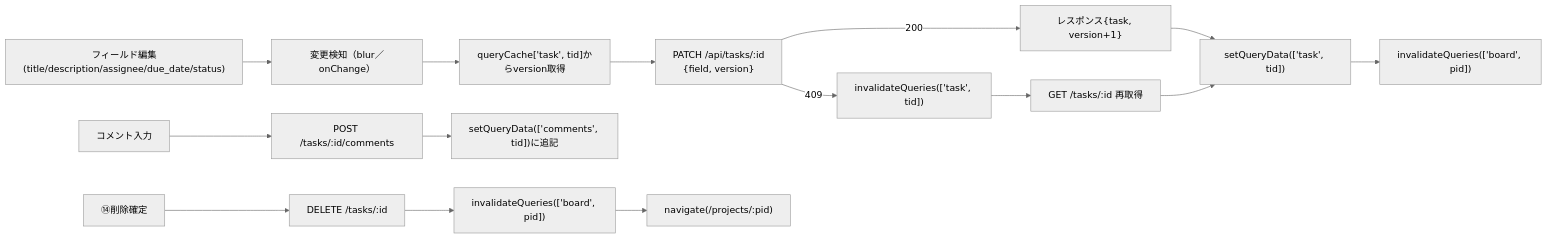
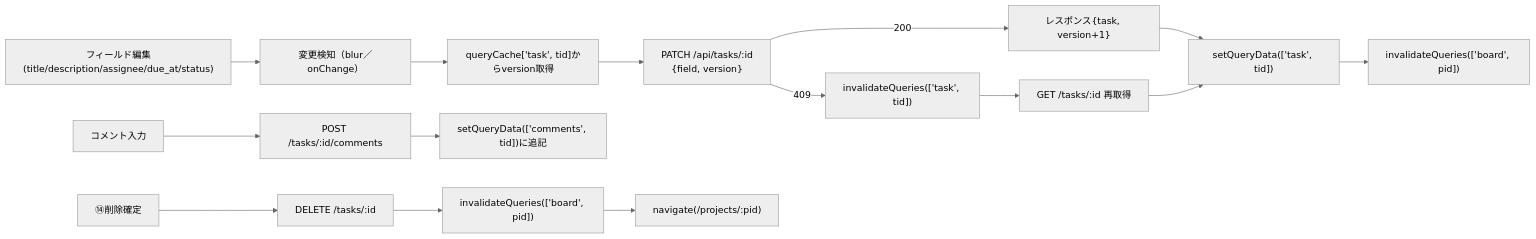
The sixth of 6 diagrams in detailed_design/screen/08_task_detail_modal.md (oikawa-d/task_management), drawn with Mermaid (neutral theme) before and after one commit. The commit also changed other lines of this file and 31 other files, not shown here.

````diff
--- a/detailed_design/screen/08_task_detail_modal.md
+++ b/detailed_design/screen/08_task_detail_modal.md
@@ -341,19 +341,19 @@
 ```mermaid
 flowchart LR
-    A["フィールド編集<br/>(title/description/assignee/due_date/status)"] --> B["変更検知（blur／onChange）"]
+    A["フィールド編集<br/>(title/description/assignee/due_at/status)"] --> B["変更検知（blur／onChange）"]
     B --> C["queryCache['task', tid]からversion取得"]
     C --> D["PATCH /api/tasks/:id<br/>{field, version}"]
     D -->|"200"| E["レスポンス{task, version+1}"]
     E --> F["setQueryData(['task', tid])"]
     F --> G["invalidateQueries(['board', pid])"]
     D -->|"409"| H["invalidateQueries(['task', tid])"]
     H --> I["GET /tasks/:id 再取得"]
     I --> F
 
     J["コメント入力"] --> K["POST /tasks/:id/comments"]
     K --> L["setQueryData(['comments', tid])に追記"]
 
     M["⑭削除確定"] --> N["DELETE /tasks/:id"]
     N --> O["invalidateQueries(['board', pid])"]
     O --> P["navigate(/projects/:pid)"]
 ```
````
